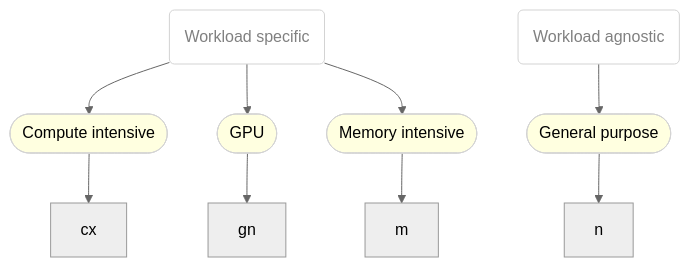
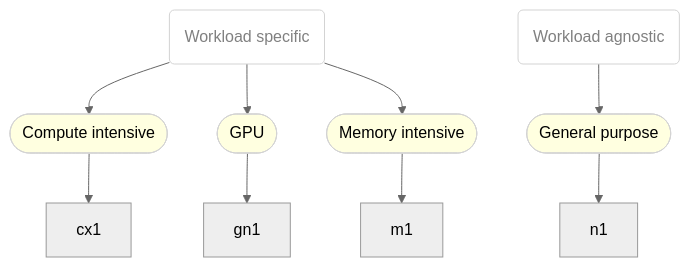
Before and after one commit to fabiand/instanceTypes: the diagram in instanceTypes.md, drawn with Mermaid (neutral theme). The commit also changed 6 other files, not shown here.

````diff
--- a/instanceTypes.md
+++ b/instanceTypes.md
@@ -15,24 +15,24 @@
 ```mermaid
 graph TD
 
 classDef grp fill:white,stroke:lightgray,color:gray
 classDef series fill:lightyellow,stroke:lightgray
 classDef instancetype fill:
 
 wrkld(Workload specific)
 nwrkld(Workload agnostic)
 class wrkld grp
 
 wrkld:::grp --> Computeintensive:::series
-Computeintensive([Compute intensive]):::series --> cx:::instancetype
+Computeintensive([Compute intensive]):::series --> cx1:::instancetype
 
 wrkld:::grp --> GPU:::series
-GPU([GPU]):::series --> gn:::instancetype
+GPU([GPU]):::series --> gn1:::instancetype
 
 wrkld:::grp --> Memoryintensive:::series
-Memoryintensive([Memory intensive]):::series --> m:::instancetype
+Memoryintensive([Memory intensive]):::series --> m1:::instancetype
 
 nwrkld:::grp --> Generalpurpose:::series
-Generalpurpose([General purpose]):::series --> n:::instancetype
+Generalpurpose([General purpose]):::series --> n1:::instancetype
 
 ```
````
